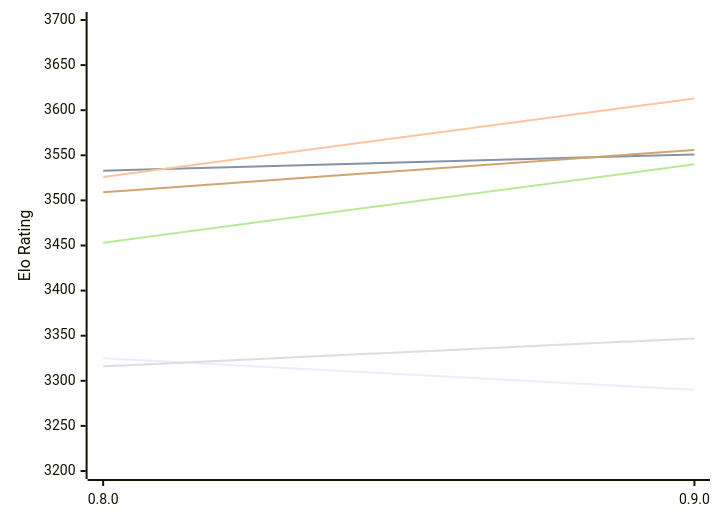
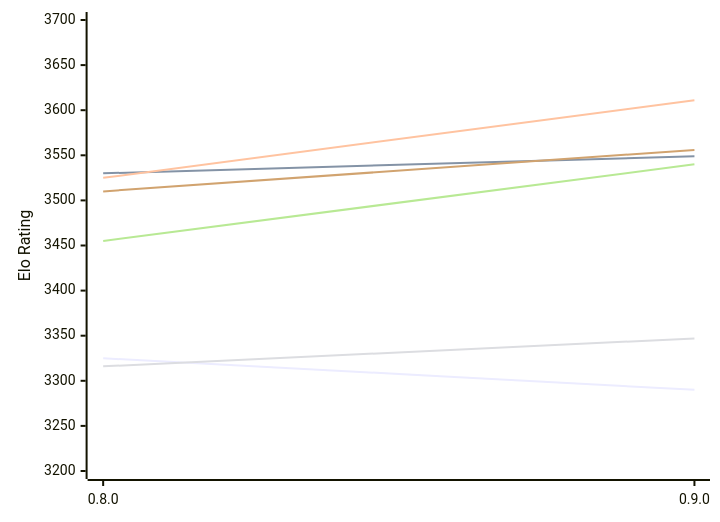
Before and after one commit to computer-chess-index/cci: the first of 2 diagrams in engines/Motor.md, drawn with Mermaid. The commit also changed other lines of this file, not shown here.

Commit message:
Update CCI Ratings (ELO VLTC) - 2026-11-28

````diff
--- a/engines/Motor.md
+++ b/engines/Motor.md
@@ -51,12 +51,12 @@
 ```mermaid
 %%{init: {"theme":"base","themeVariables":{"seriesColors:['#a3a3a3','#222221','#faa371']}}}%%
 xychart-beta
   x-axis ["0.8.0", "0.9.0"]
   y-axis "Elo Rating" 3200 --> 3700
   line "E1: STC (8.0+0.08s)" [3325, 3290]
-  line "E1: LTC (60.0+0.60s)" [3533, 3551]
-  line "E1: VLTC (2m24s+1.12s)" [3526, 3613]
+  line "E1: LTC (60.0+0.60s)" [3530, 3549]
+  line "E1: VLTC (2m24s+1.12s)" [3525, 3611]
   line "P1: STC (8.0+0.08s)" [3316, 3347]
-  line "P1: LTC (60.0+0.60s)" [3453, 3540]
-  line "P1: VLTC (2m24s+1.12s)" [3509, 3556]
+  line "P1: LTC (60.0+0.60s)" [3455, 3540]
+  line "P1: VLTC (2m24s+1.12s)" [3510, 3556]
 ```
````
